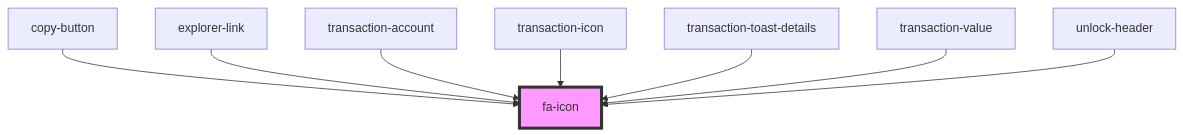
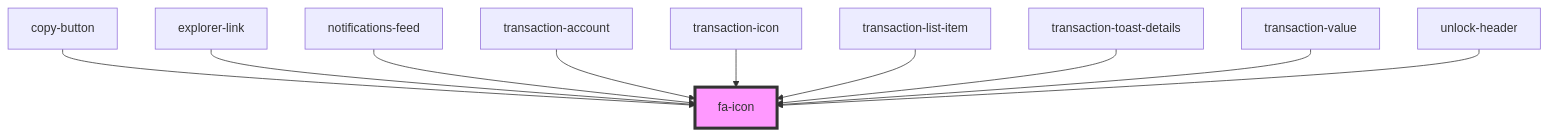
Before and after one commit to multiversx/mx-sdk-dapp-ui: the diagram in src/components/visual/fa-icon/readme.md, drawn with Mermaid. The commit also changed other lines of this file and 16 other files, not shown here.

Commit message:
Added notifications-feed component

````diff
--- a/src/components/visual/fa-icon/readme.md
+++ b/src/components/visual/fa-icon/readme.md
@@ -28,11 +30,13 @@
 ```mermaid
 graph TD;
   copy-button --> fa-icon
   explorer-link --> fa-icon
+  notifications-feed --> fa-icon
   transaction-account --> fa-icon
   transaction-icon --> fa-icon
+  transaction-list-item --> fa-icon
   transaction-toast-details --> fa-icon
   transaction-value --> fa-icon
   unlock-header --> fa-icon
   style fa-icon fill:#f9f,stroke:#333,stroke-width:4px
 ```
````
